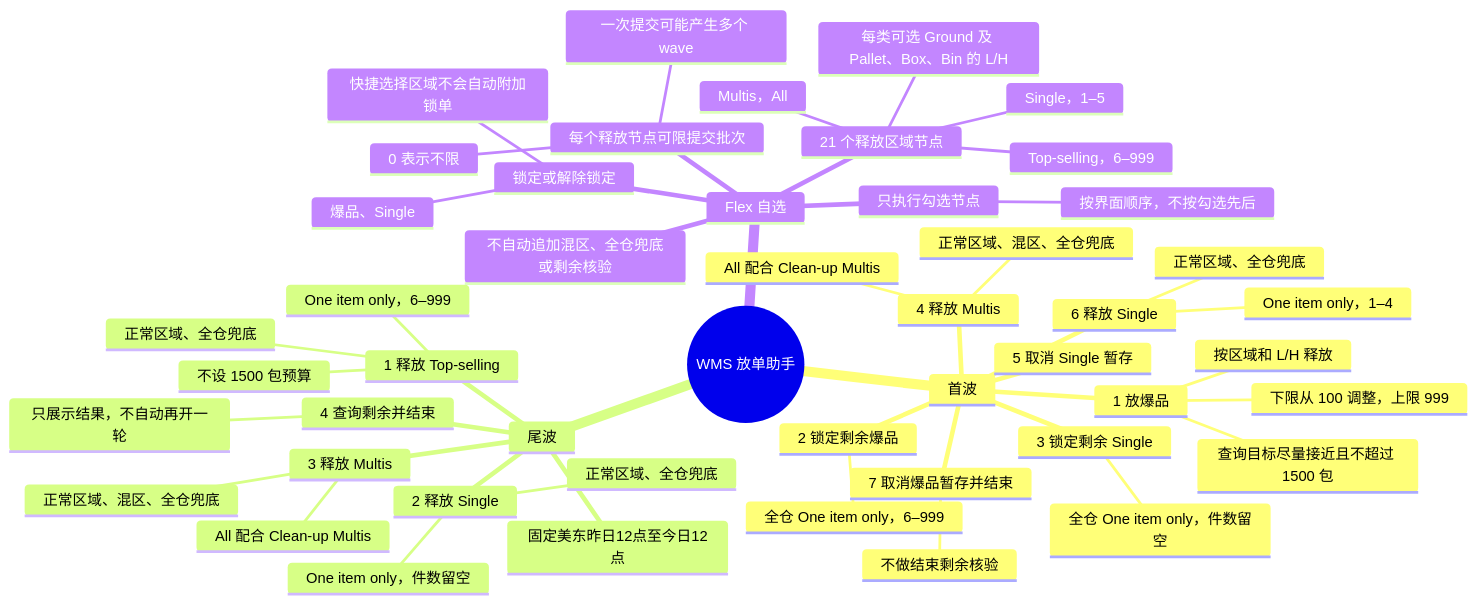
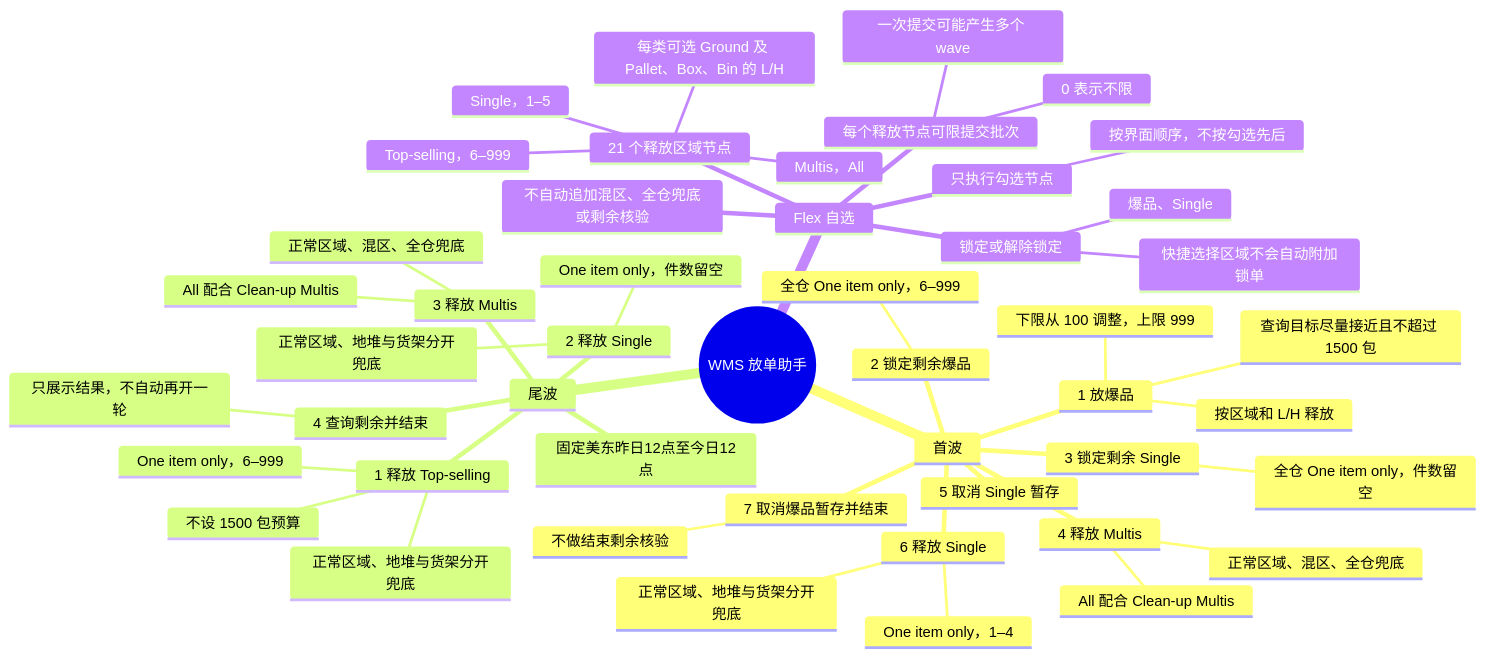
The first of 2 diagrams in README.md (DongChenGG/GUC_WaveConsolidation), drawn with Mermaid before and after one commit. The commit also changed other lines of this file and 1 other file, not shown here.

````diff
--- a/README.md
+++ b/README.md
@@ -51,51 +57,51 @@
 ```mermaid
 mindmap
   root((WMS 放单助手))
     首波
       1 放爆品
         查询目标尽量接近且不超过 1500 包
         下限从 100 调整，上限 999
         按区域和 L/H 释放
       2 锁定剩余爆品
         全仓 One item only，6–999
       3 锁定剩余 Single
         全仓 One item only，件数留空
       4 释放 Multis
         All 配合 Clean-up Multis
         正常区域、混区、全仓兜底
       5 取消 Single 暂存
       6 释放 Single
         One item only，1–4
-        正常区域、全仓兜底
+        正常区域、地堆与货架分开兜底
       7 取消爆品暂存并结束
         不做结束剩余核验
     尾波
       固定美东昨日12点至今日12点
       1 释放 Top-selling
         One item only，6–999
-        正常区域、全仓兜底
+        正常区域、地堆与货架分开兜底
         不设 1500 包预算
       2 释放 Single
         One item only，件数留空
-        正常区域、全仓兜底
+        正常区域、地堆与货架分开兜底
       3 释放 Multis
         All 配合 Clean-up Multis
         正常区域、混区、全仓兜底
       4 查询剩余并结束
         只展示结果，不自动再开一轮
     Flex 自选
       只执行勾选节点
         按界面顺序，不按勾选先后
       锁定或解除锁定
         爆品、Single
         快捷选择区域不会自动附加锁单
       21 个释放区域节点
         Top-selling，6–999
         Single，1–5
         Multis，All
         每类可选 Ground 及 Pallet、Box、Bin 的 L/H
       每个释放节点可限提交批次
         0 表示不限
         一次提交可能产生多个 wave
       不自动追加混区、全仓兜底或剩余核验
 ```
````
